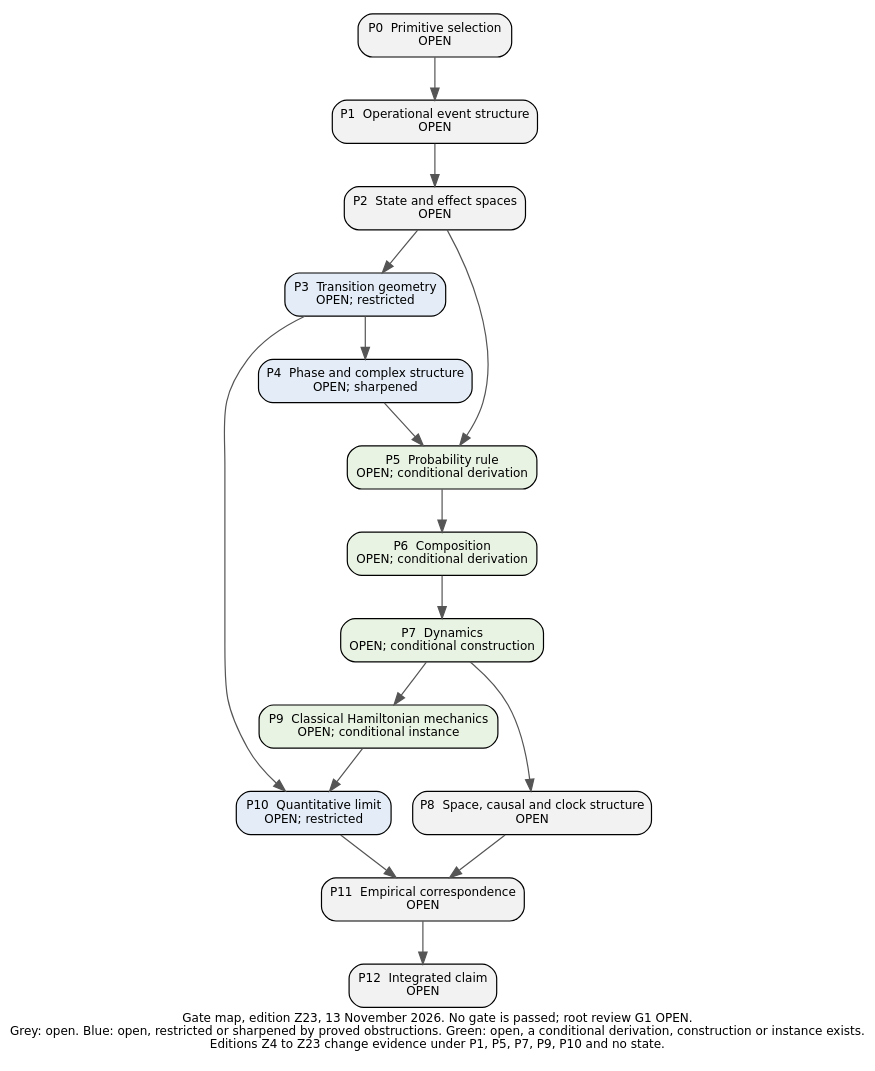
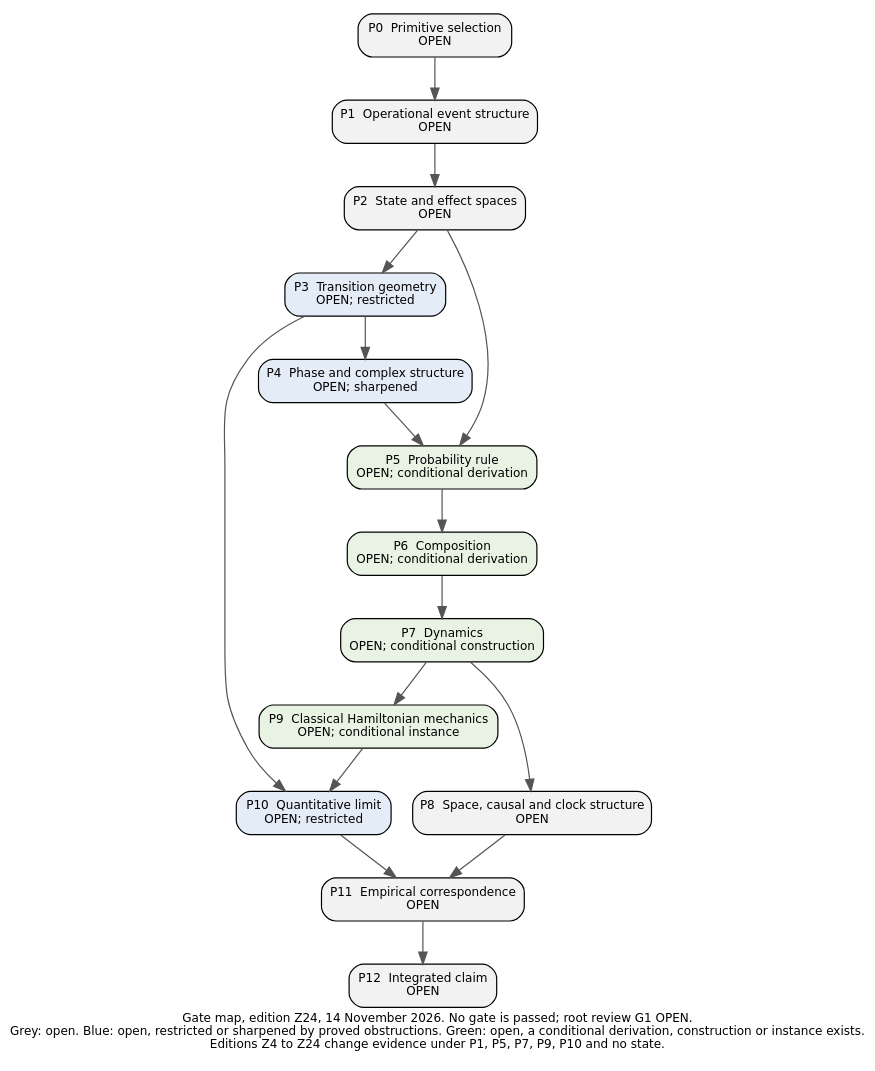
The diagram in edition/PROGRAM/figures/Gate_Map_2026-11-13.dot (KirtusJ/From-Prephysical-Hypotheses-to-Physical-Models), drawn with Graphviz before and after one commit. The commit also changed 114 other files, not shown here.

```diff
--- a/edition/PROGRAM/figures/Gate_Map_2026-11-13.dot
+++ b/edition/PROGRAM/figures/Gate_Map_2026-11-13.dot
@@ -1,30 +1,30 @@
-digraph G { rankdir=TB; node [shape=box, style="filled,rounded", fontname="DejaVu Sans", fontsize=10, margin="0.12,0.07"]; edge [color="#555555"]; label="Gate map, edition Z23, 13 November 2026. No gate is passed; root review G1 OPEN.\nGrey: open. Blue: open, restricted or sharpened by proved obstructions. Green: open, a conditional derivation, construction or instance exists.\nEditions Z4 to Z23 change evidence under P1, P5, P7, P9, P10 and no state."; fontname="DejaVu Sans"; fontsize=10; labelloc=b;
+digraph G { rankdir=TB; node [shape=box, style="filled,rounded", fontname="DejaVu Sans", fontsize=10, margin="0.12,0.07"]; edge [color="#555555"]; label="Gate map, edition Z24, 14 November 2026. No gate is passed; root review G1 OPEN.\nGrey: open. Blue: open, restricted or sharpened by proved obstructions. Green: open, a conditional derivation, construction or instance exists.\nEditions Z4 to Z24 change evidence under P1, P5, P7, P9, P10 and no state."; fontname="DejaVu Sans"; fontsize=10; labelloc=b;
 P0 [label="P0  Primitive selection\nOPEN", fillcolor="#f2f2f2"];
 P1 [label="P1  Operational event structure\nOPEN", fillcolor="#f2f2f2"];
 P2 [label="P2  State and effect spaces\nOPEN", fillcolor="#f2f2f2"];
 P3 [label="P3  Transition geometry\nOPEN; restricted", fillcolor="#e3ecf7"];
 P4 [label="P4  Phase and complex structure\nOPEN; sharpened", fillcolor="#e3ecf7"];
 P5 [label="P5  Probability rule\nOPEN; conditional derivation", fillcolor="#e8f3e3"];
 P6 [label="P6  Composition\nOPEN; conditional derivation", fillcolor="#e8f3e3"];
 P7 [label="P7  Dynamics\nOPEN; conditional construction", fillcolor="#e8f3e3"];
 P8 [label="P8  Space, causal and clock structure\nOPEN", fillcolor="#f2f2f2"];
 P9 [label="P9  Classical Hamiltonian mechanics\nOPEN; conditional instance", fillcolor="#e8f3e3"];
 P10 [label="P10  Quantitative limit\nOPEN; restricted", fillcolor="#e3ecf7"];
 P11 [label="P11  Empirical correspondence\nOPEN", fillcolor="#f2f2f2"];
 P12 [label="P12  Integrated claim\nOPEN", fillcolor="#f2f2f2"];
 P0 -> P1;
 P1 -> P2;
 P2 -> P3;
 P3 -> P4;
 P2 -> P5;
 P4 -> P5;
 P5 -> P6;
 P6 -> P7;
 P7 -> P8;
 P7 -> P9;
 P3 -> P10;
 P9 -> P10;
 P8 -> P11;
 P10 -> P11;
 P11 -> P12;
 }
```
